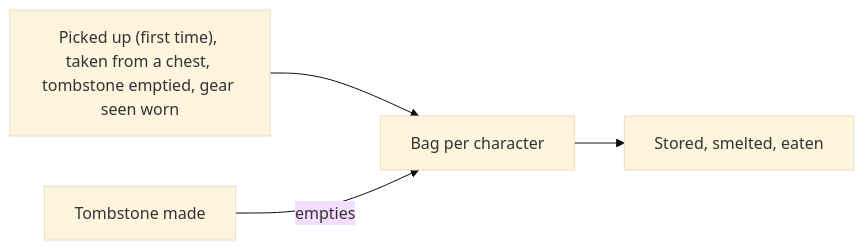
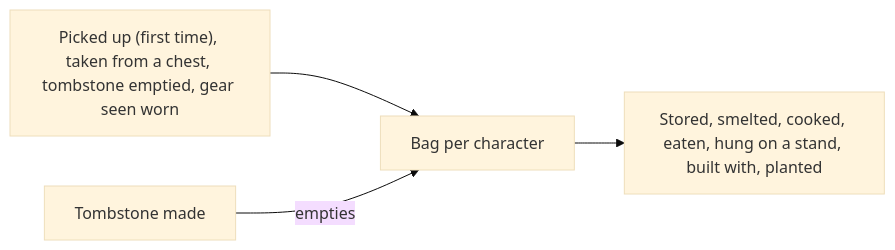
The ninth of 18 diagrams in docs/architecture.md (cristiadu/valheim-dashboard), drawn with Mermaid (base theme) before and after one commit. The commit also changed other lines of this file and 19 other files, not shown here.

Commit message:
Keep each bag guess within 32 slots: take out building costs and what was touched longest ago

````diff
--- a/docs/architecture.md
+++ b/docs/architecture.md
@@ -184,6 +184,6 @@
 ```mermaid
 flowchart LR
   in["Picked up (first time), taken from a chest, tombstone emptied, gear seen worn"] --> bag[Bag per character]
-  bag --> out["Stored, smelted, eaten"]
+  bag --> out["Stored, smelted, cooked, eaten, hung on a stand, built with, planted"]
   death["Tombstone made"] -->|empties| bag
 ```
````
